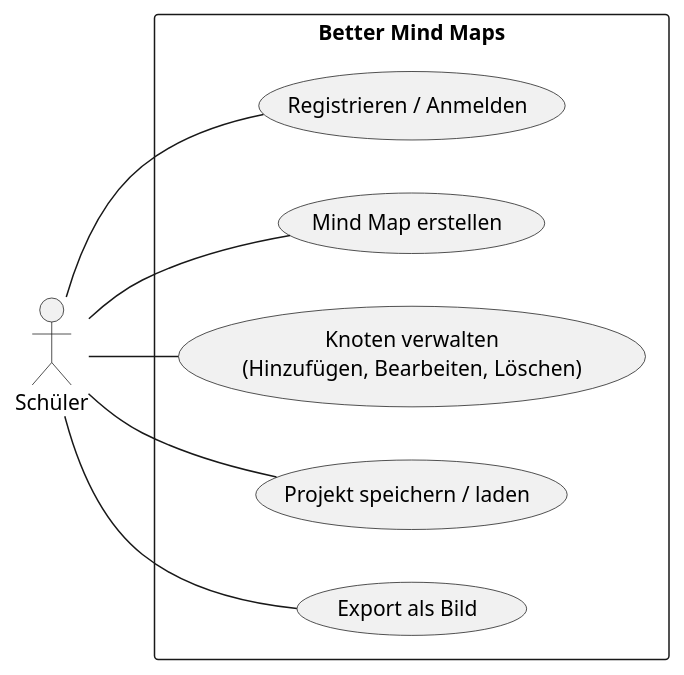
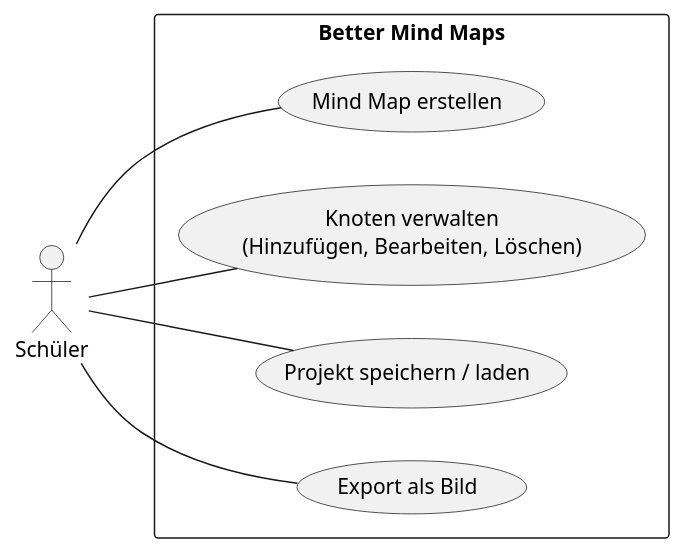
The diagram in asciidocs/docs/system-specifications.adoc (2526-3bhif-syp/2526-3bhif-syp-project-better-mind-maps), drawn with PlantUML before and after one commit. The commit also changed other lines of this file, not shown here.

```diff
--- a/asciidocs/docs/system-specifications.adoc
+++ b/asciidocs/docs/system-specifications.adoc
@@ -29,21 +20,19 @@
 [plantuml, usecase-diagram, svg]
 ----
 @startuml
 left to right direction
 actor "Schüler" as S
 
 rectangle "Better Mind Maps" {
-  usecase "Registrieren / Anmelden" as UC1
-  usecase "Mind Map erstellen" as UC2
-  usecase "Knoten verwalten\n(Hinzufügen, Bearbeiten, Löschen)" as UC3
-  usecase "Projekt speichern / laden" as UC4
-  usecase "Export als Bild" as UC5
+  usecase "Mind Map erstellen" as UC1
+  usecase "Knoten verwalten\n(Hinzufügen, Bearbeiten, Löschen)" as UC2
+  usecase "Projekt speichern / laden" as UC3
+  usecase "Export als Bild" as UC4
 }
 
 S -- UC1
 S -- UC2
 S -- UC3
 S -- UC4
-S -- UC5
 @enduml
 ----
```
